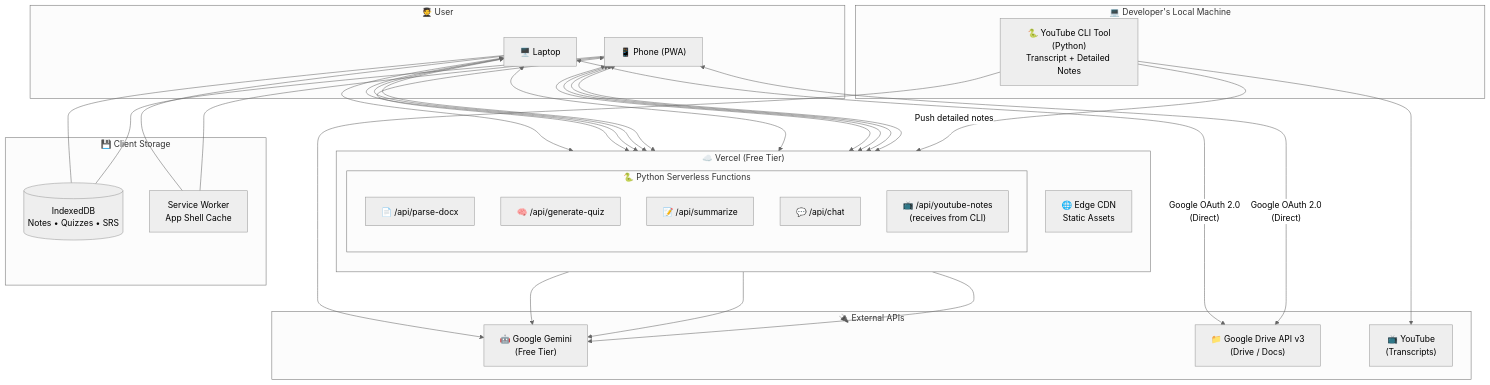
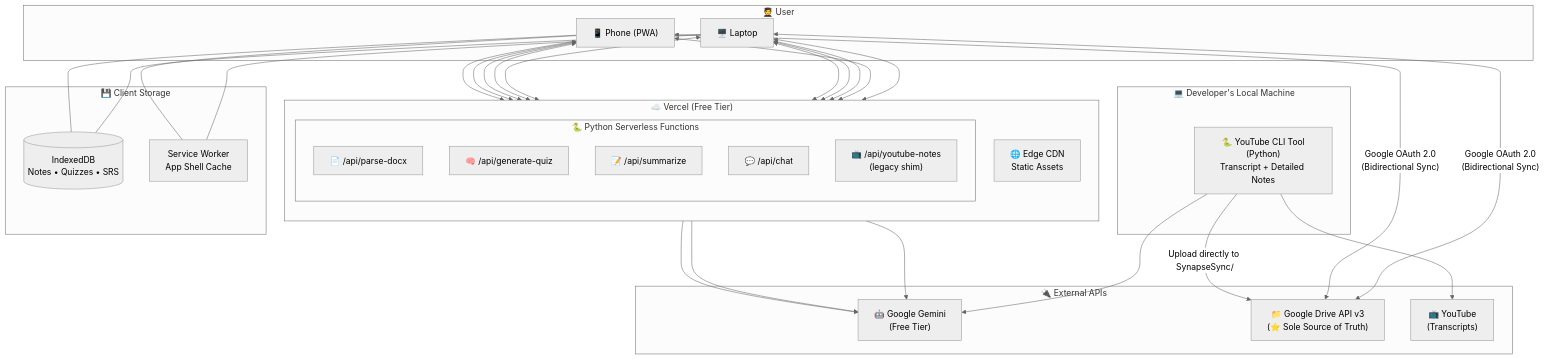
Before and after one commit to Strider221B/synapse-sync: the first of 4 diagrams in documentation/design/high_level/06_design_overview.md, drawn with Mermaid (neutral theme). The commit also changed other lines of this file and 30 other files, not shown here.

First line of the commit message:
Migrate Notes & YouTube Ingestion to Google Drive as Sole Source of Truth with Cross-Device Sync (#13)

````diff
--- a/documentation/design/high_level/06_design_overview.md
+++ b/documentation/design/high_level/06_design_overview.md
@@ -23,44 +23,44 @@
 ```mermaid
 graph TB
     subgraph "🧑‍🎓 User"
         LAPTOP["🖥️ Laptop"]
         PHONE["📱 Phone (PWA)"]
     end
 
     subgraph "💻 Developer's Local Machine"
         CLI["🐍 YouTube CLI Tool<br/>(Python)<br/>Transcript + Detailed Notes"]
     end
 
     subgraph "☁️ Vercel (Free Tier)"
         direction TB
         CDN["🌐 Edge CDN<br/>Static Assets"]
         
         subgraph "🐍 Python Serverless Functions"
             FN1["📄 /api/parse-docx"]
             FN4["🧠 /api/generate-quiz"]
             FN5["📝 /api/summarize"]
             FN6["💬 /api/chat"]
-            FN7["📺 /api/youtube-notes<br/>(receives from CLI)"]
+            FN7["📺 /api/youtube-notes<br/>(legacy shim)"]
         end
     end
 
     subgraph "🔌 External APIs"
         GEMINI["🤖 Google Gemini<br/>(Free Tier)"]
-        GDRIVE["📁 Google Drive API v3<br/>(Drive / Docs)"]
+        GDRIVE["📁 Google Drive API v3<br/>(⭐ Sole Source of Truth)"]
         YT["📺 YouTube<br/>(Transcripts)"]
     end
 
     subgraph "💾 Client Storage"
         IDB[("IndexedDB<br/>Notes • Quizzes • SRS")]
         SW["Service Worker<br/>App Shell Cache"]
     end
 
     LAPTOP & PHONE <--> CDN
     LAPTOP & PHONE <--> FN1 & FN4 & FN5 & FN6
-    LAPTOP & PHONE <-->|"Google OAuth 2.0<br/>(Direct)"| GDRIVE
+    LAPTOP & PHONE <-->|"Google OAuth 2.0<br/>(Bidirectional Sync)"| GDRIVE
     CLI --> YT
     CLI --> GEMINI
-    CLI -->|"Push detailed notes"| FN7
+    CLI -->|"Upload directly to SynapseSync/"| GDRIVE
     FN4 & FN5 & FN6 --> GEMINI
     LAPTOP & PHONE --- IDB & SW
 ```
````
